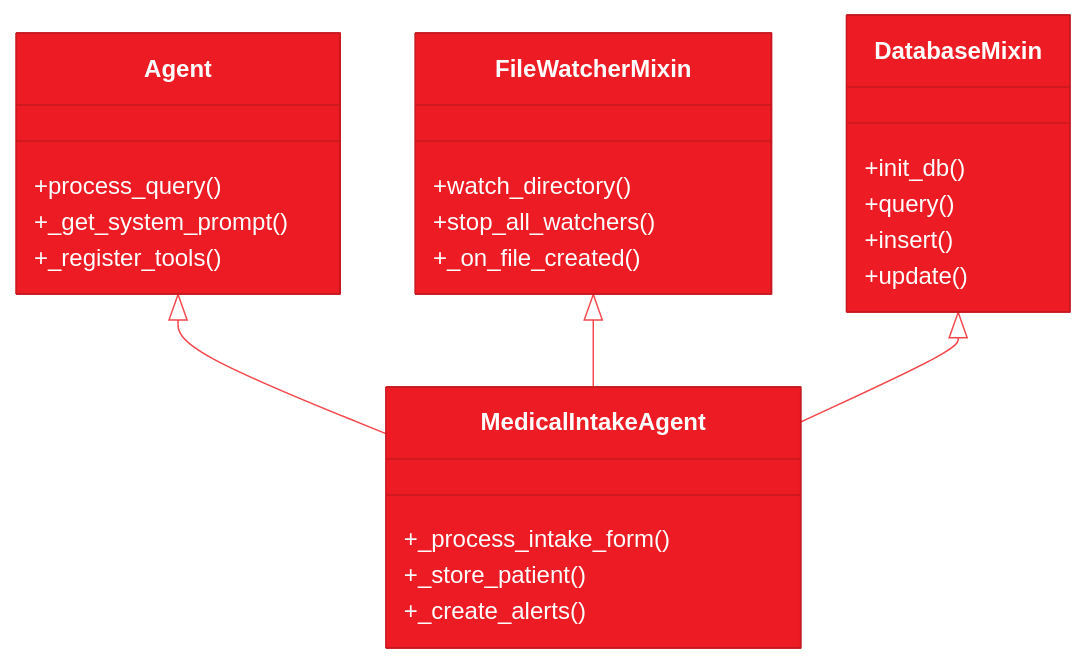
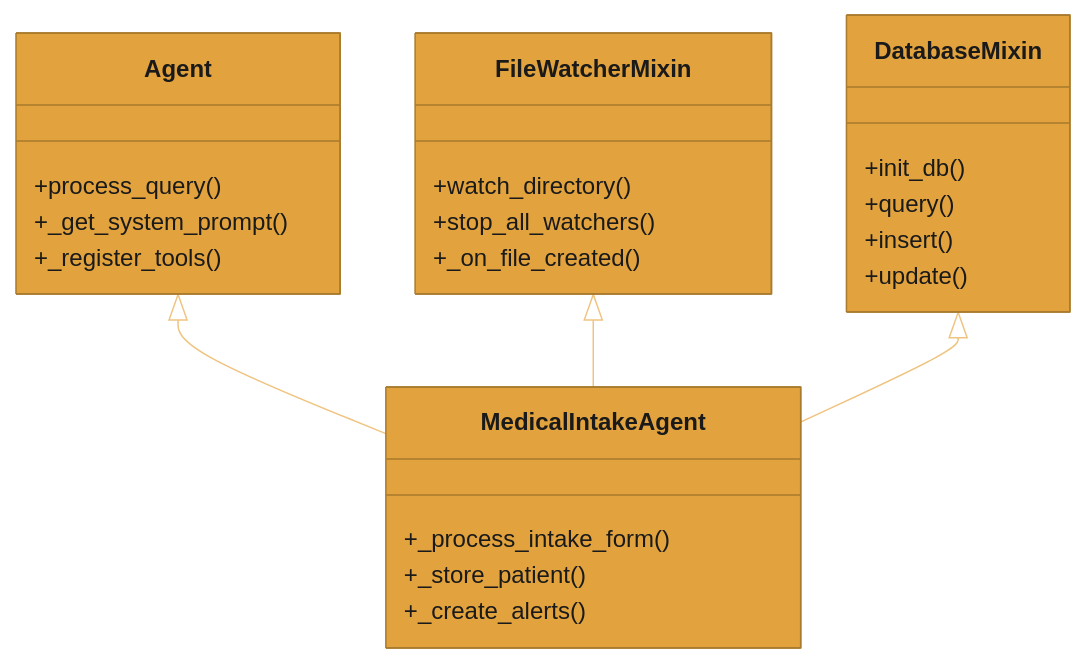
The second of 2 diagrams in docs/playbooks/emr-agent/part-3-architecture.mdx (amd/gaia), drawn with Mermaid before and after one commit. The commit also changed other lines of this file and 37 other files, not shown here.

````diff
--- a/docs/playbooks/emr-agent/part-3-architecture.mdx
+++ b/docs/playbooks/emr-agent/part-3-architecture.mdx
@@ -431,32 +431,32 @@
 ```mermaid
-%%{init: {'theme':'base', 'themeVariables': { 'primaryColor':'#ED1C24', 'primaryTextColor':'#fff', 'primaryBorderColor':'#C8171E', 'lineColor':'#F4484D', 'fontFamily': 'system-ui, -apple-system, sans-serif'}}}%%
+%%{init: {'theme':'base', 'themeVariables': { 'primaryColor':'#E2A33E', 'primaryTextColor':'#1a1a1a', 'primaryBorderColor':'#A87B2D', 'lineColor':'#EFC480', 'fontFamily': 'system-ui, -apple-system, sans-serif'}}}%%
 classDiagram
     class Agent {
         +process_query()
         +_get_system_prompt()
         +_register_tools()
     }
 
     class FileWatcherMixin {
         +watch_directory()
         +stop_all_watchers()
         +_on_file_created()
     }
 
     class DatabaseMixin {
         +init_db()
         +query()
         +insert()
         +update()
     }
 
     class MedicalIntakeAgent {
         +_process_intake_form()
         +_store_patient()
         +_create_alerts()
     }
 
     Agent <|-- MedicalIntakeAgent
     FileWatcherMixin <|-- MedicalIntakeAgent
     DatabaseMixin <|-- MedicalIntakeAgent
 ```
````
